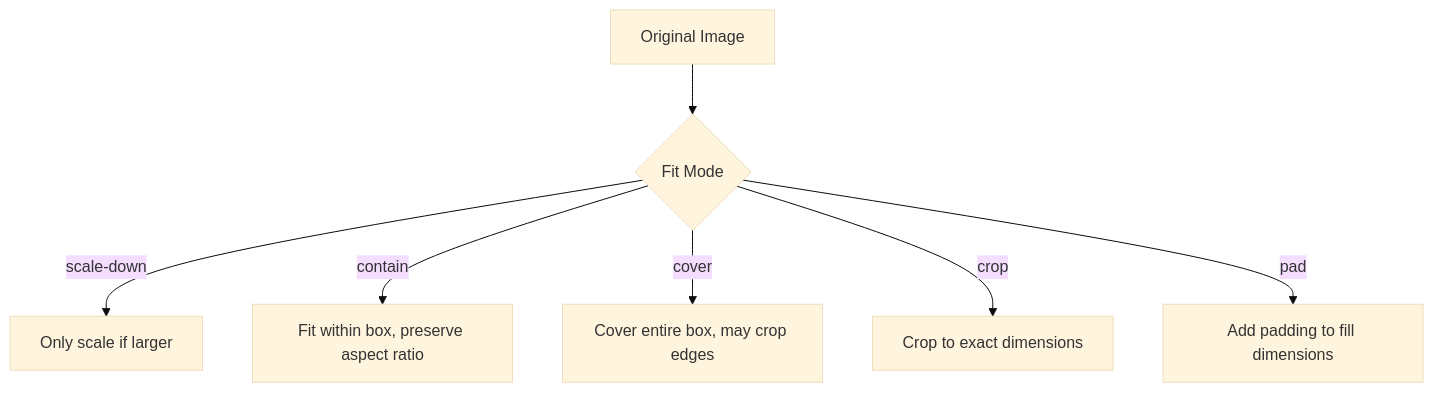
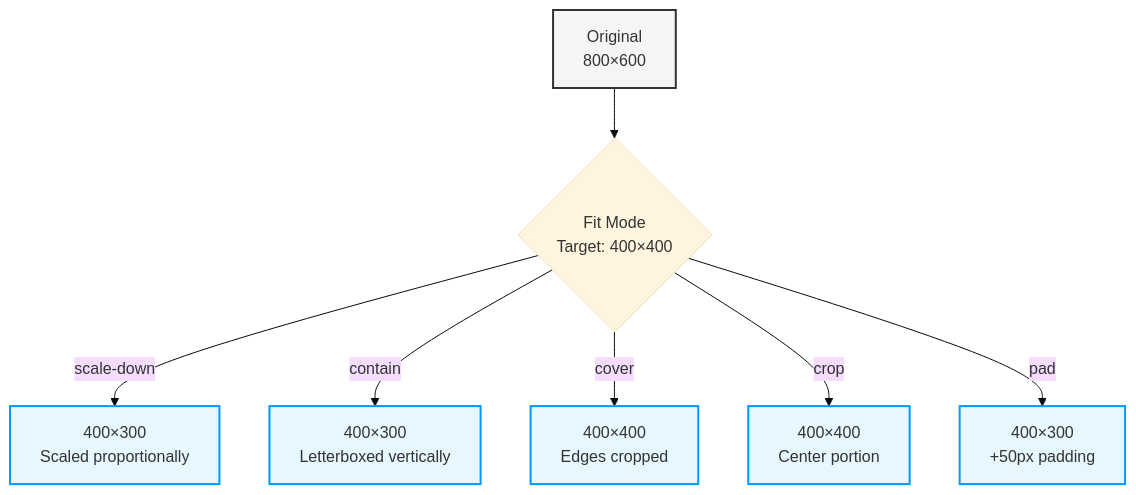
Before and after one commit to erfianugrah/image-resizer-2: the first of 3 diagrams in docs/TRANSFORMATION.md, drawn with Mermaid (base theme). The commit also changed other lines of this file and 4 other files, not shown here.

````diff
--- a/docs/TRANSFORMATION.md
+++ b/docs/TRANSFORMATION.md
@@ -39,9 +39,16 @@
 ```mermaid
 graph TD
-    A[Original Image] --> B{Fit Mode}
-    B -->|scale-down| C[Only scale if larger]
-    B -->|contain| D[Fit within box, preserve aspect ratio]
-    B -->|cover| E[Cover entire box, may crop edges]
-    B -->|crop| F[Crop to exact dimensions]
-    B -->|pad| G[Add padding to fill dimensions]
+    A[Original<br>800×600] --> B{Fit Mode<br>Target: 400×400}
+    B -->|scale-down| C[400×300<br>Scaled proportionally]
+    B -->|contain| D[400×300<br>Letterboxed vertically]
+    B -->|cover| E[400×400<br>Edges cropped]
+    B -->|crop| F[400×400<br>Center portion]
+    B -->|pad| G[400×300<br>+50px padding]
+    
+    style A fill:#f5f5f5,stroke:#333,stroke-width:2px
+    style C fill:#e6f7ff,stroke:#0099ff,stroke-width:2px
+    style D fill:#e6f7ff,stroke:#0099ff,stroke-width:2px
+    style E fill:#e6f7ff,stroke:#0099ff,stroke-width:2px
+    style F fill:#e6f7ff,stroke:#0099ff,stroke-width:2px
+    style G fill:#e6f7ff,stroke:#0099ff,stroke-width:2px
 ```
````
